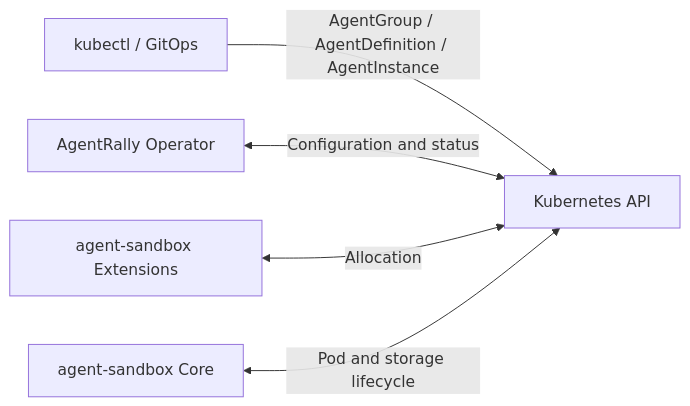
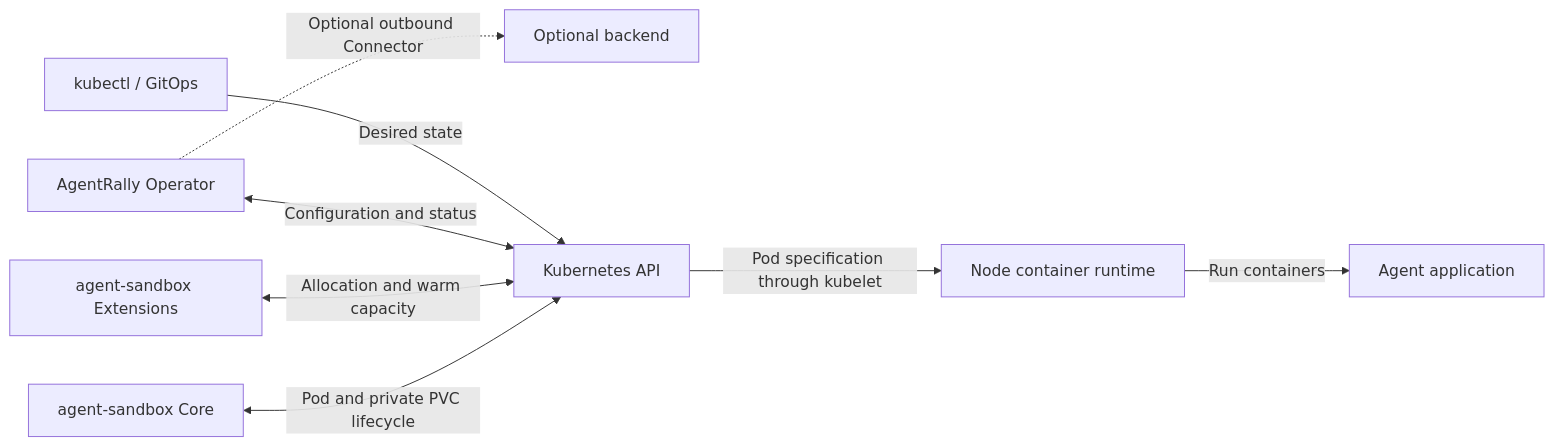
Before and after one commit to chizhang21/agentrally-operator: the first of 3 diagrams in docs/architecture.md, drawn with Mermaid. The commit also changed other lines of this file and 16 other files, not shown here.

Commit message:
Improve E2E validation and architecture docs

````diff
--- a/docs/architecture.md
+++ b/docs/architecture.md
@@ -32,7 +36,18 @@
 ```mermaid
 flowchart LR
-    U["kubectl / GitOps"] -->|"AgentGroup / AgentDefinition / AgentInstance"| K["Kubernetes API"]
-    A["AgentRally Operator"] <-->|"Configuration and status"| K
-    E["agent-sandbox Extensions"] <-->|"Allocation"| K
-    C["agent-sandbox Core"] <-->|"Pod and storage lifecycle"| K
+    U["kubectl / GitOps"]
+    B["Optional backend"]
+    O["AgentRally Operator"]
+    K["Kubernetes API"]
+    E["agent-sandbox Extensions"]
+    C["agent-sandbox Core"]
+    N["Node container runtime"]
+    A["Agent application"]
+    U -->|"Desired state"| K
+    O <-->|"Configuration and status"| K
+    O -.->|"Optional outbound Connector"| B
+    E <-->|"Allocation and warm capacity"| K
+    C <-->|"Pod and private PVC lifecycle"| K
+    K -->|"Pod specification through kubelet"| N
+    N -->|"Run containers"| A
 ```
````
